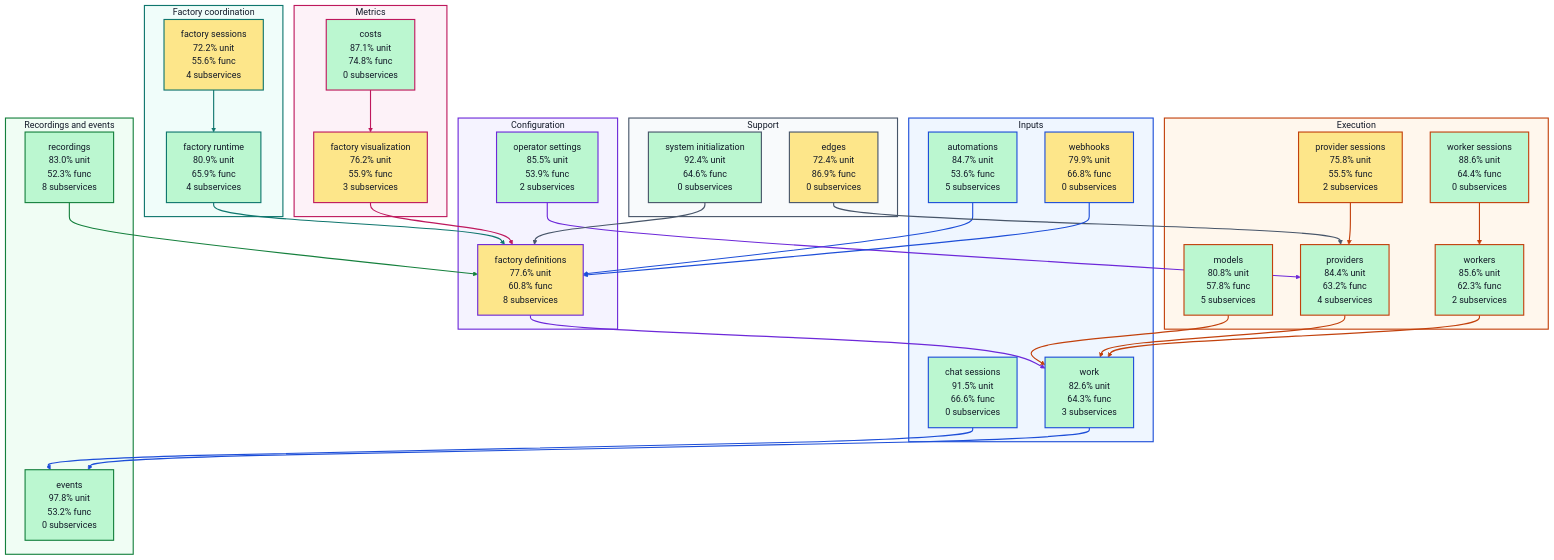
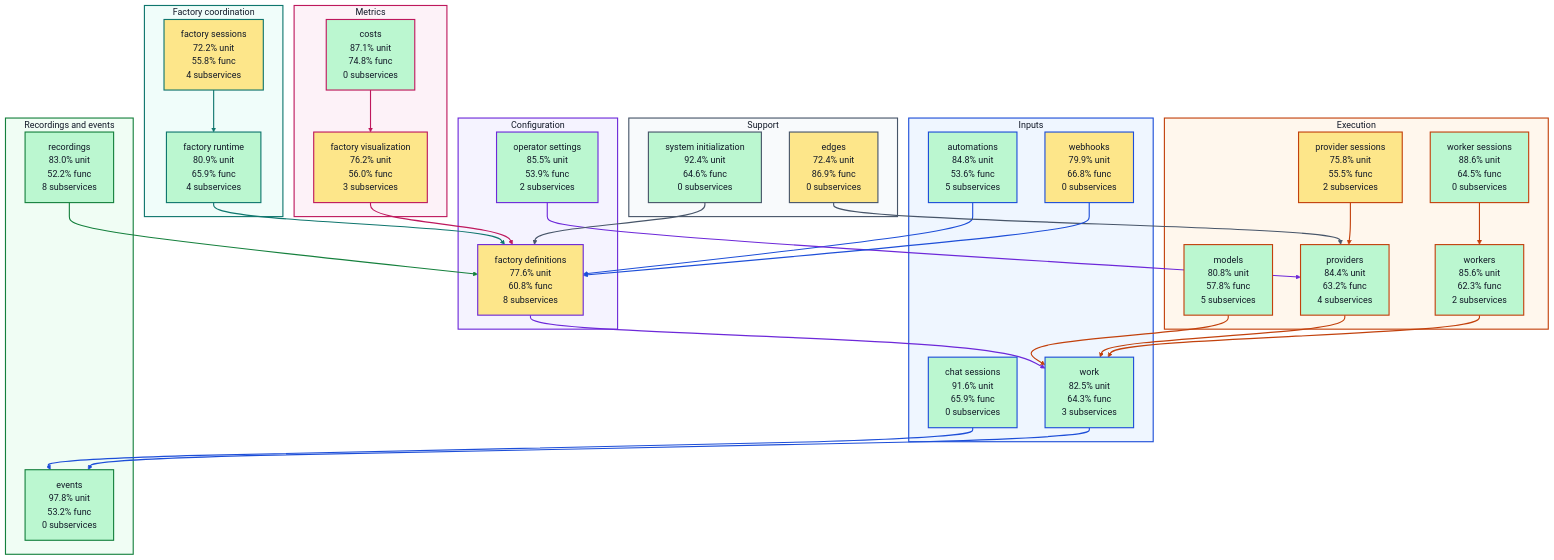
One commit to portpowered/you-agent-factory changed the diagram in docs/architecture/visualizations/high-level-test-coverage.md. Above: the diagram before and after it, drawn with Mermaid. The commit also changed other lines of this file and 20 other files, not shown here.

Commit message:
docs: refresh backend architecture visualizations

````diff
--- a/docs/architecture/visualizations/high-level-test-coverage.md
+++ b/docs/architecture/visualizations/high-level-test-coverage.md
@@ -11,10 +11,10 @@
 ```mermaid
 flowchart TB
   subgraph input["Inputs"]
-    s_services_automations["automations<br/>84.7% unit<br/>53.6% func<br/>5 subservices"]
-    s_services_chat_sessions["chat sessions<br/>91.5% unit<br/>66.6% func<br/>0 subservices"]
+    s_services_automations["automations<br/>84.8% unit<br/>53.6% func<br/>5 subservices"]
+    s_services_chat_sessions["chat sessions<br/>91.6% unit<br/>65.9% func<br/>0 subservices"]
     s_services_webhooks["webhooks<br/>79.9% unit<br/>66.8% func<br/>0 subservices"]
-    s_services_work["work<br/>82.6% unit<br/>64.3% func<br/>3 subservices"]
+    s_services_work["work<br/>82.5% unit<br/>64.3% func<br/>3 subservices"]
   end
   subgraph configuration["Configuration"]
     s_services_factory_definitions["factory definitions<br/>77.6% unit<br/>60.8% func<br/>8 subservices"]
@@ -22,22 +22,22 @@
   end
   subgraph coordination["Factory coordination"]
     s_services_factory_runtime["factory runtime<br/>80.9% unit<br/>65.9% func<br/>4 subservices"]
-    s_services_factory_sessions["factory sessions<br/>72.2% unit<br/>55.6% func<br/>4 subservices"]
+    s_services_factory_sessions["factory sessions<br/>72.2% unit<br/>55.8% func<br/>4 subservices"]
   end
   subgraph execution["Execution"]
     s_services_models["models<br/>80.8% unit<br/>57.8% func<br/>5 subservices"]
     s_services_provider_sessions["provider sessions<br/>75.8% unit<br/>55.5% func<br/>2 subservices"]
     s_services_providers["providers<br/>84.4% unit<br/>63.2% func<br/>4 subservices"]
-    s_services_worker_sessions["worker sessions<br/>88.6% unit<br/>64.4% func<br/>0 subservices"]
+    s_services_worker_sessions["worker sessions<br/>88.6% unit<br/>64.5% func<br/>0 subservices"]
     s_services_workers["workers<br/>85.6% unit<br/>62.3% func<br/>2 subservices"]
   end
   subgraph recordings["Recordings and events"]
     s_services_events["events<br/>97.8% unit<br/>53.2% func<br/>0 subservices"]
-    s_services_recordings["recordings<br/>83.0% unit<br/>52.3% func<br/>8 subservices"]
+    s_services_recordings["recordings<br/>83.0% unit<br/>52.2% func<br/>8 subservices"]
   end
   subgraph metrics["Metrics"]
     s_services_costs["costs<br/>87.1% unit<br/>74.8% func<br/>0 subservices"]
-    s_services_factory_visualization["factory visualization<br/>76.2% unit<br/>55.9% func<br/>3 subservices"]
+    s_services_factory_visualization["factory visualization<br/>76.2% unit<br/>56.0% func<br/>3 subservices"]
   end
   subgraph support["Support"]
     s_services_edges["edges<br/>72.4% unit<br/>86.9% func<br/>0 subservices"]
````
